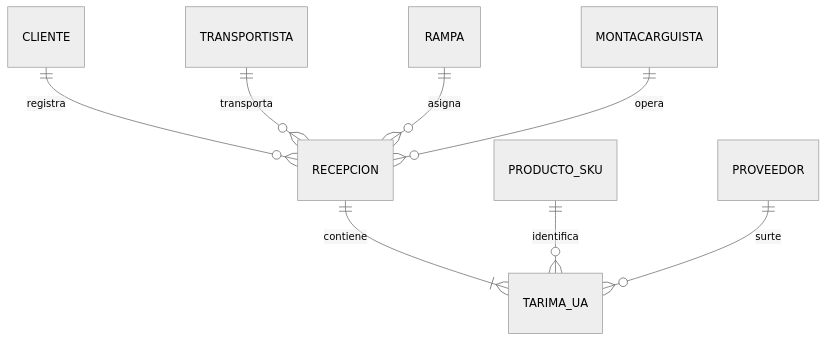
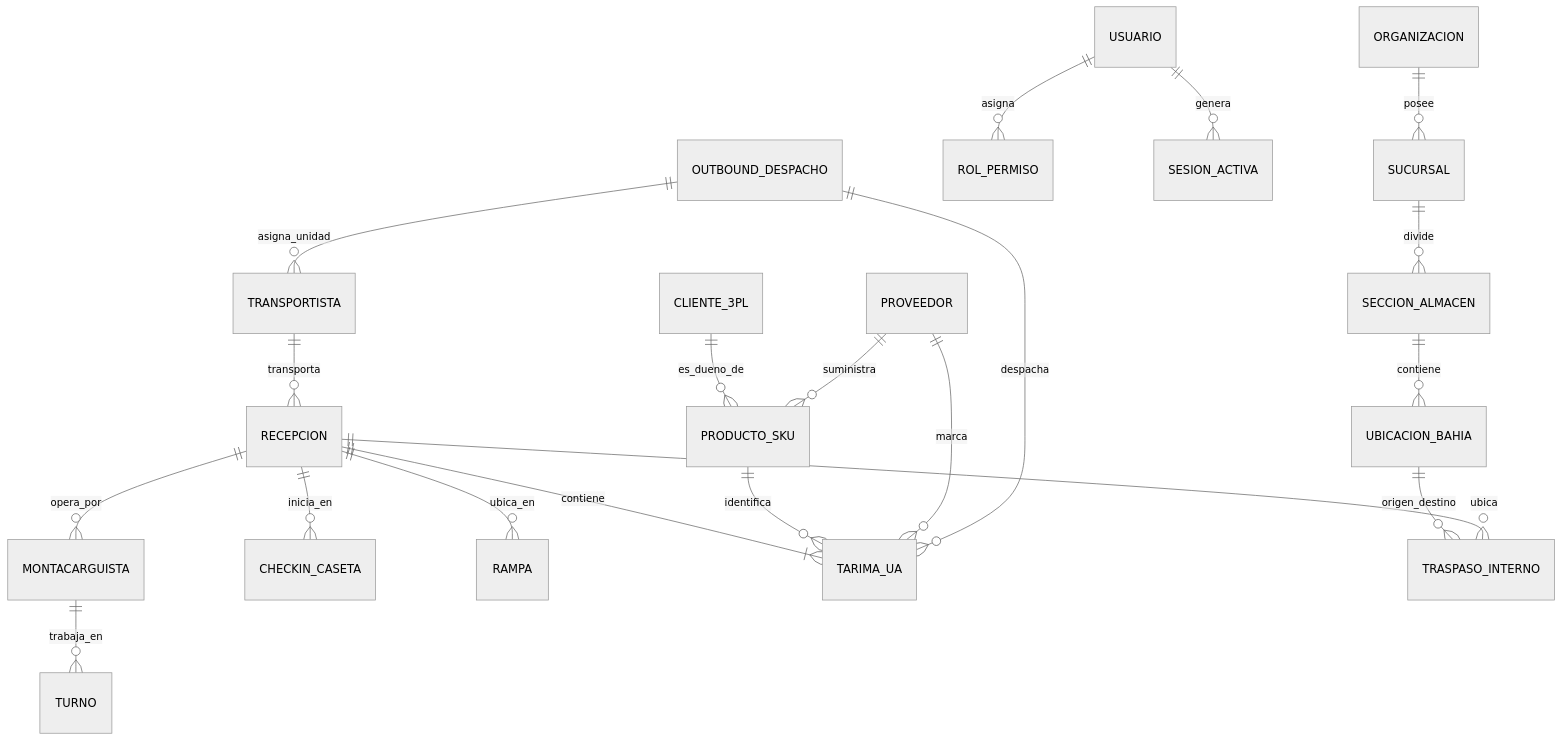
The first of 2 diagrams in docs/reports/informe-avances-ejecutivo-wms.md (syborx-git/4Guard_FE_UI), drawn with Mermaid (neutral theme) before and after one commit. The commit also changed other lines of this file and 22 other files, not shown here.

````diff
--- a/docs/reports/informe-avances-ejecutivo-wms.md
+++ b/docs/reports/informe-avances-ejecutivo-wms.md
@@ -30,10 +26,28 @@
 ```mermaid
 erDiagram
-    CLIENTE ||--o{ RECEPCION : registra
+    ORGANIZACION ||--o{ SUCURSAL : posee
+    SUCURSAL ||--o{ SECCION_ALMACEN : divide
+    SECCION_ALMACEN ||--o{ UBICACION_BAHIA : contiene
+    
+    USUARIO ||--o{ ROL_PERMISO : asigna
+    USUARIO ||--o{ SESION_ACTIVA : genera
+    
+    CLIENTE_3PL ||--o{ PRODUCTO_SKU : es_dueno_de
+    PROVEEDOR ||--o{ PRODUCTO_SKU : suministra
     TRANSPORTISTA ||--o{ RECEPCION : transporta
-    RAMPA ||--o{ RECEPCION : asigna
+    MONTACARGUISTA ||--o{ TURNO : trabaja_en
+    
+    RECEPCION ||--o{ CHECKIN_CASETA : inicia_en
+    RECEPCION ||--o{ RAMPA : ubica_en
+    RECEPCION ||--o{ MONTACARGUISTA : opera_por
     RECEPCION ||--|{ TARIMA_UA : contiene
+    
     PRODUCTO_SKU ||--o{ TARIMA_UA : identifica
-    PROVEEDOR ||--o{ TARIMA_UA : surte
-    MONTACARGUISTA ||--o{ RECEPCION : opera
+    PROVEEDOR ||--o{ TARIMA_UA : marca
+    
+    UBICACION_BAHIA ||--o{ TRASPASO_INTERNO : origen_destino
+    RECEPCION ||--o{ TRASPASO_INTERNO : ubica
+    
+    OUTBOUND_DESPACHO ||--o{ TARIMA_UA : despacha
+    OUTBOUND_DESPACHO ||--o{ TRANSPORTISTA : asigna_unidad
 ```
````
